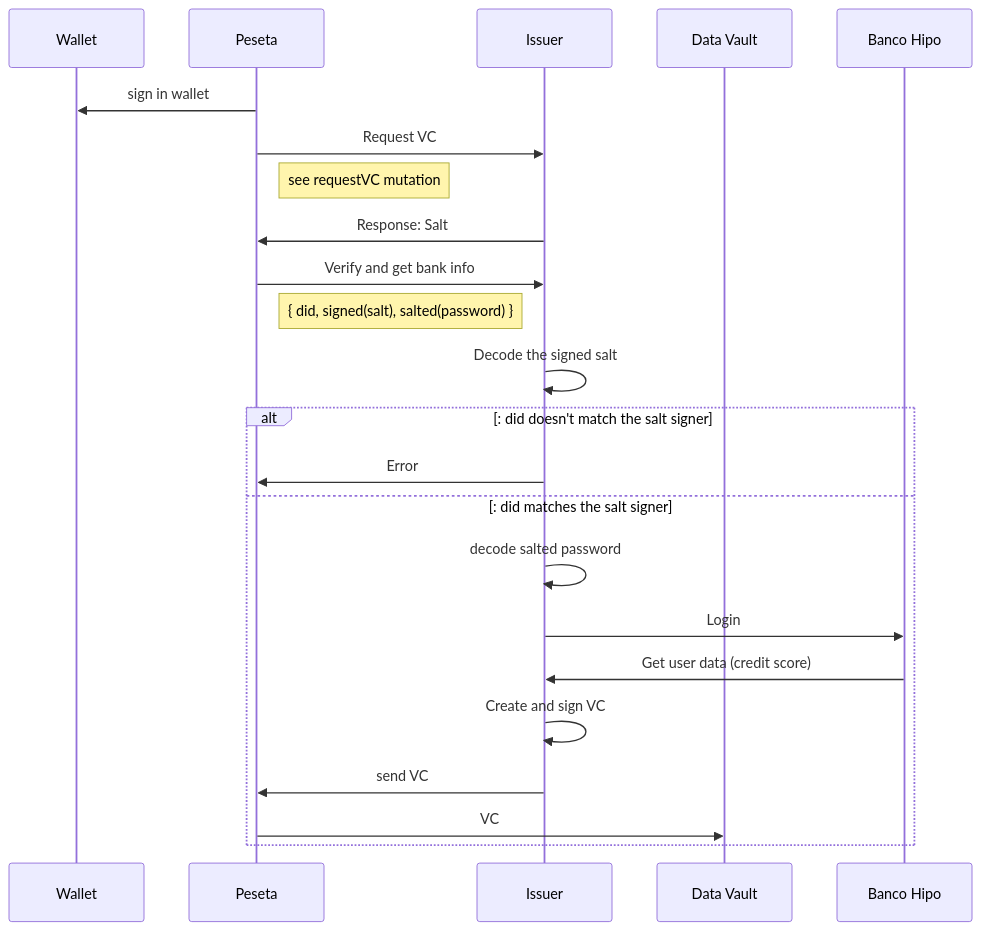
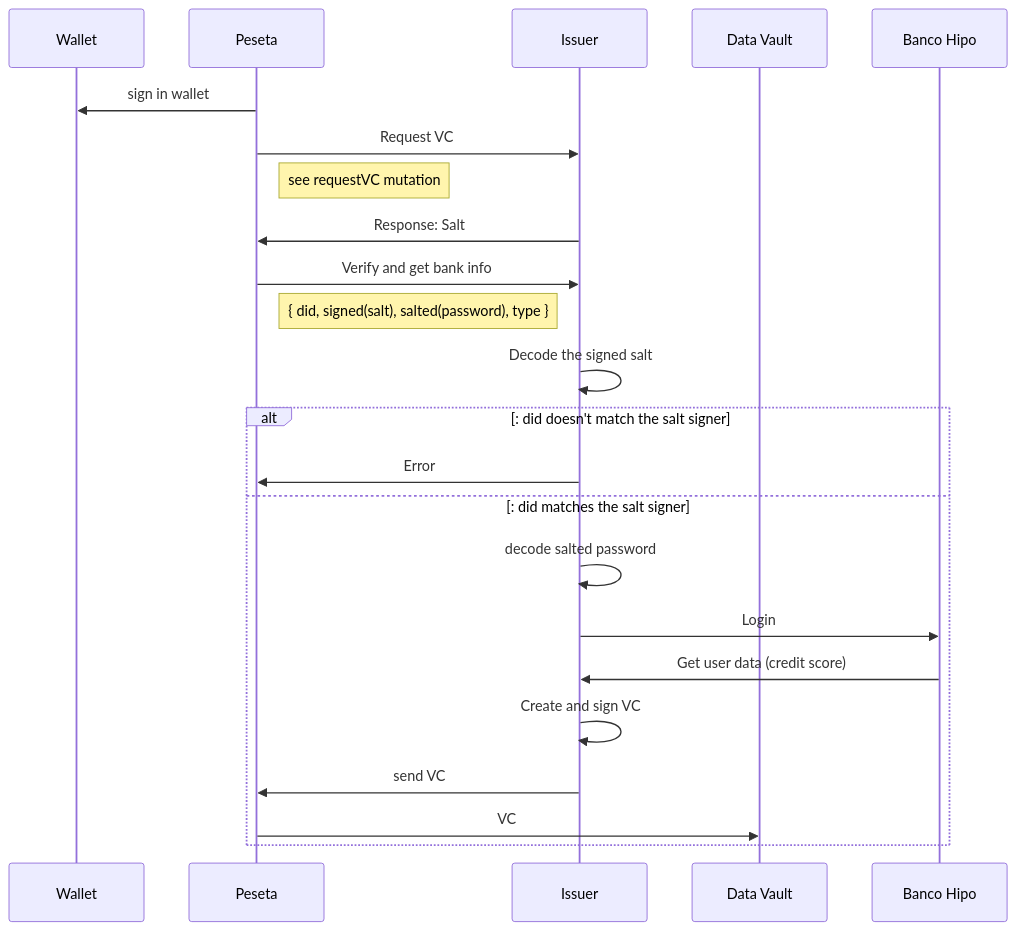
The diagram in README.md (growr-xyz/vc-issuer), drawn with Mermaid before and after one commit. The commit also changed other lines of this file and 12 other files, not shown here.

````diff
--- a/README.md
+++ b/README.md
@@ -81,26 +106,26 @@
 ```mermaid
 sequenceDiagram
 	participant Wallet
 	participant Peseta
 	participant Issuer
 	participant Data Vault
 	participant BH as Banco Hipo
 
 	Peseta ->> Wallet: sign in wallet
 	Peseta ->> Issuer: Request VC
 	note right of Peseta: see requestVC mutation
 	Issuer ->> Peseta: Response: Salt
 	Peseta ->> Issuer: Verify and get bank info
-	note right of Peseta: { did, signed(salt), salted(password) }
+	note right of Peseta: { did, signed(salt), salted(password), type }
 	Issuer ->> Issuer: Decode the signed salt
 	alt: did doesn't match the salt signer
 		Issuer ->> Peseta: Error
 	else: did matches the salt signer
 		Issuer ->> Issuer: decode salted password
 		Issuer ->> BH: Login
 		BH ->> Issuer: Get user data (credit score)
 		Issuer ->> Issuer: Create and sign VC
 		Issuer ->> Peseta: send VC
 		Peseta ->> Data Vault: VC
 	end
 ```
````
